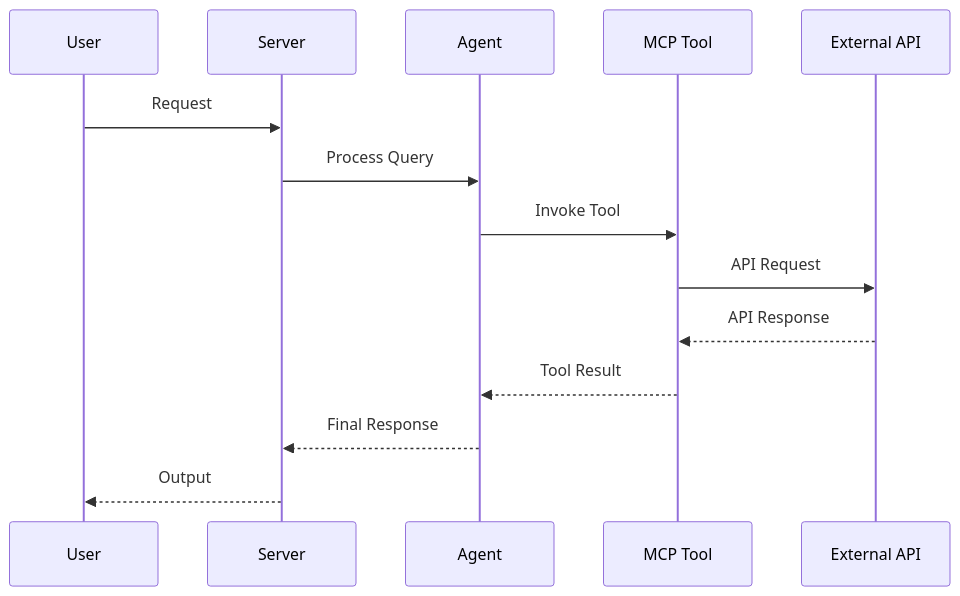
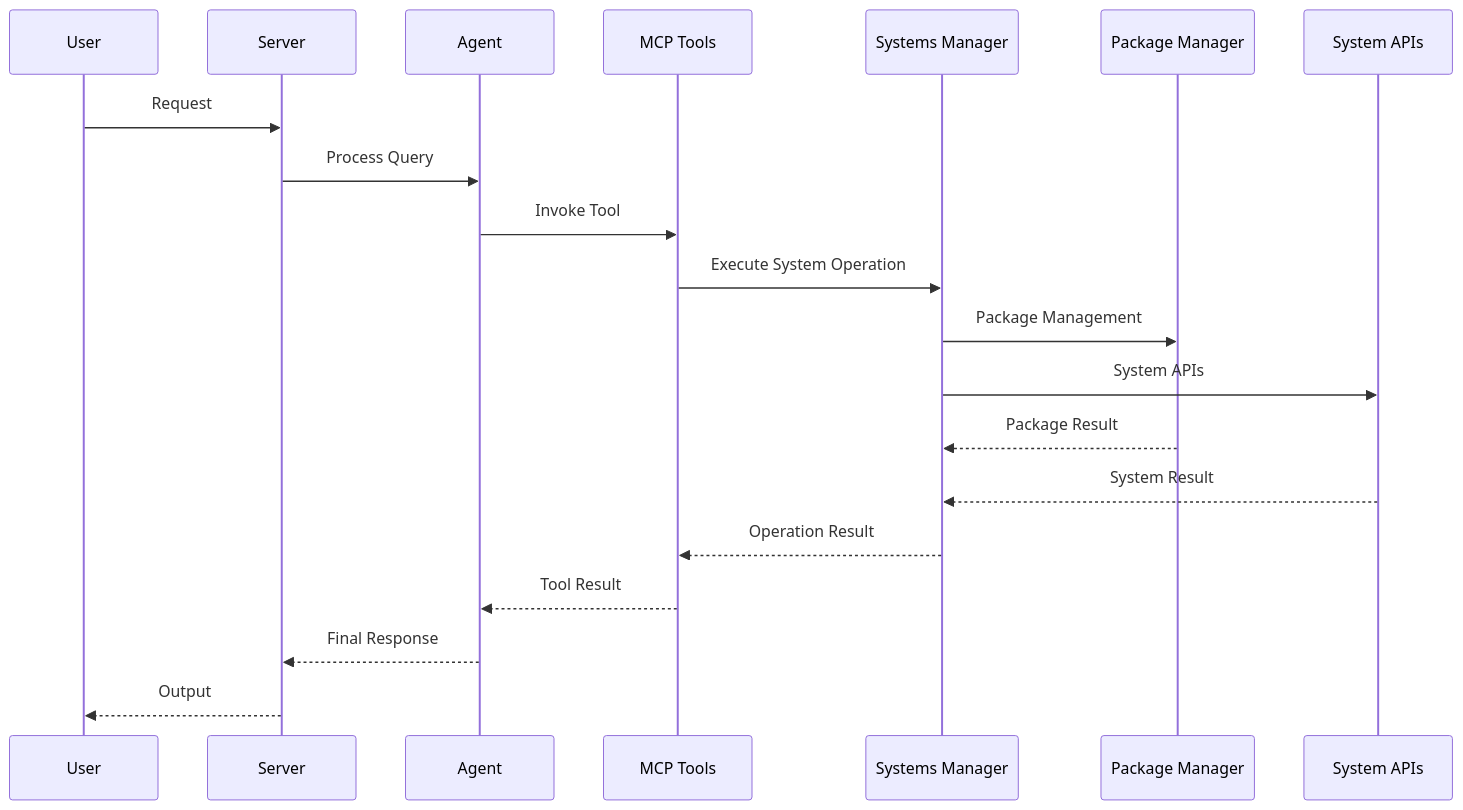
Before and after one commit to Knuckles-Team/systems-manager: the second of 3 diagrams in AGENTS.md, drawn with Mermaid. The commit also changed other lines of this file and 93 other files, not shown here.

Commit message:
assimilate advanced systems-manager: security hardening + capability/connector-source certification bundle

````diff
--- a/AGENTS.md
+++ b/AGENTS.md
@@ -37,17 +36,23 @@
 ```mermaid
 sequenceDiagram
     participant U as User
     participant S as Server
     participant A as Agent
-    participant T as MCP Tool
-    participant API as External API
+    participant M as MCP Tools
+    participant SM as Systems Manager
+    participant PM as Package Manager
+    participant SYS as System APIs
 
     U->>S: Request
     S->>A: Process Query
-    A->>T: Invoke Tool
-    T->>API: API Request
-    API-->>T: API Response
-    T-->>A: Tool Result
+    A->>M: Invoke Tool
+    M->>SM: Execute System Operation
+    SM->>PM: Package Management
+    SM->>SYS: System APIs
+    PM-->>SM: Package Result
+    SYS-->>SM: System Result
+    SM-->>M: Operation Result
+    M-->>A: Tool Result
     A-->>S: Final Response
     S-->>U: Output
 ```
````
